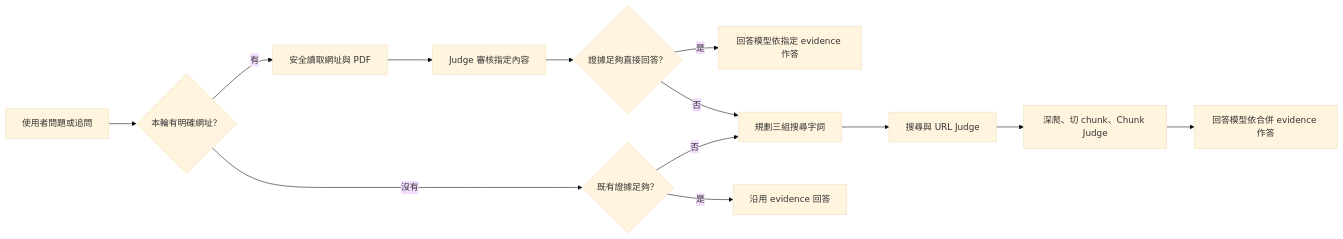
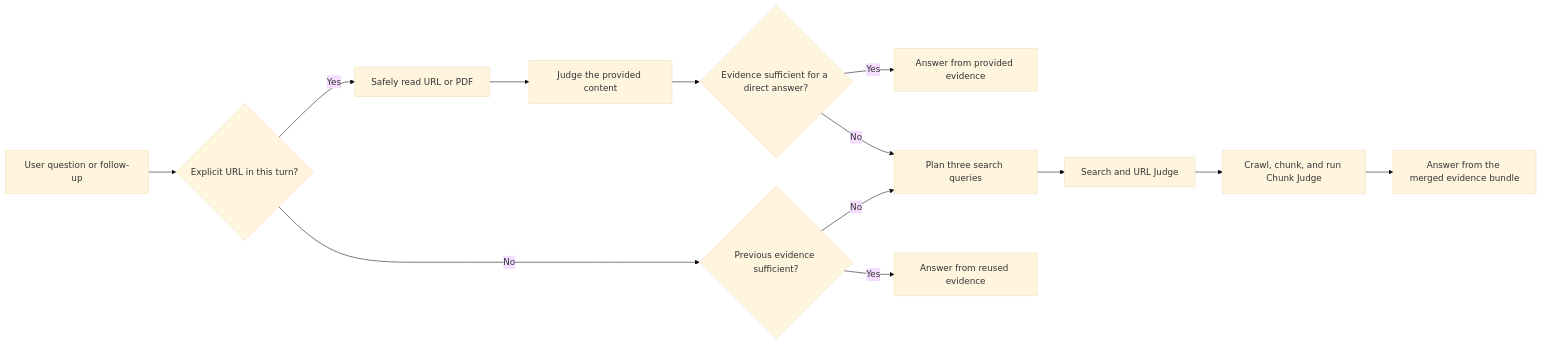
Before and after one commit to kuanfu0430/Simplex: the diagram in README.md, drawn with Mermaid (base theme). The commit also changed other lines of this file and 4 other files, not shown here.

````diff
--- a/README.md
+++ b/README.md
@@ -19,15 +19,15 @@
 ```mermaid
 flowchart LR
-  Q[使用者問題或追問] --> U{本輪有明確網址？}
-  U -->|有| C[安全讀取網址與 PDF]
-  C --> J[Judge 審核指定內容]
-  J --> D{證據足夠直接回答？}
-  D -->|是| A[回答模型依指定 evidence 作答]
-  D -->|否| P[規劃三組搜尋字詞]
-  U -->|沒有| R{既有證據足夠？}
-  R -->|是| A2[沿用 evidence 回答]
-  R -->|否| P
-  P --> S[搜尋與 URL Judge]
-  S --> C2[深爬、切 chunk、Chunk Judge]
-  C2 --> A3[回答模型依合併 evidence 作答]
+  Q[User question or follow-up] --> U{Explicit URL in this turn?}
+  U -->|Yes| C[Safely read URL or PDF]
+  C --> J[Judge the provided content]
+  J --> D{Evidence sufficient for a direct answer?}
+  D -->|Yes| A[Answer from provided evidence]
+  D -->|No| P[Plan three search queries]
+  U -->|No| R{Previous evidence sufficient?}
+  R -->|Yes| A2[Answer from reused evidence]
+  R -->|No| P
+  P --> S[Search and URL Judge]
+  S --> C2[Crawl, chunk, and run Chunk Judge]
+  C2 --> A3[Answer from the merged evidence bundle]
 ```
````
